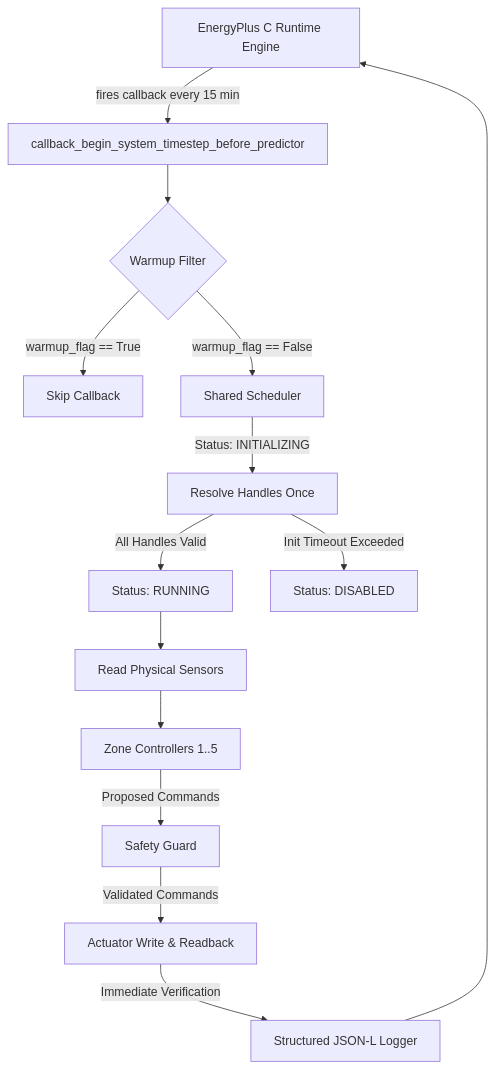
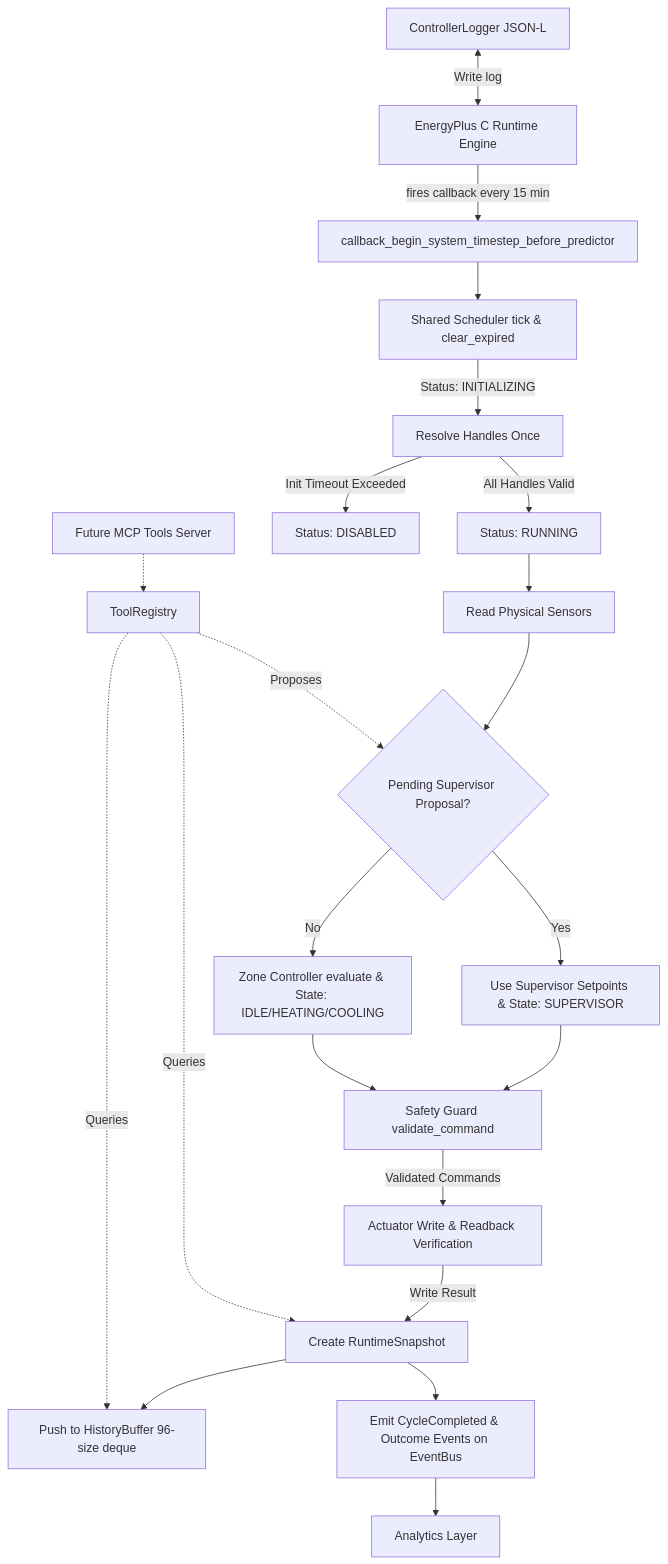
One commit to omni-ar/EcoAgent changed the first of 2 diagrams in docs/architecture.md. Above: the diagram before and after it, drawn with Mermaid. The commit also changed other lines of this file and 22 other files, not shown here.

Commit message:
Completed Phase 3 supervisory layer with TTL lifecycle, EventBus observability and regression tests

````diff
--- a/docs/architecture.md
+++ b/docs/architecture.md
@@ -11,16 +15,28 @@
 ```mermaid
 flowchart TD
     EP[EnergyPlus C Runtime Engine] -->|fires callback every 15 min| CB[callback_begin_system_timestep_before_predictor]
-    CB --> WF{Warmup Filter}
-    WF -->|warmup_flag == True| SKIP[Skip Callback]
-    WF -->|warmup_flag == False| SCH[Shared Scheduler]
+    CB --> SCH[Shared Scheduler tick & clear_expired]
     SCH -->|Status: INITIALIZING| INIT[Resolve Handles Once]
     INIT -->|All Handles Valid| RUN[Status: RUNNING]
     INIT -->|Init Timeout Exceeded| DIS[Status: DISABLED]
     RUN --> SENS[Read Physical Sensors]
-    SENS --> CTRL[Zone Controllers 1..5]
-    CTRL -->|Proposed Commands| SG[Safety Guard]
-    SG -->|Validated Commands| ACT[Actuator Write & Readback]
-    ACT -->|Immediate Verification| LOG[Structured JSON-L Logger]
-    LOG --> EP
+    SENS --> SUP_CHECK{Pending Supervisor Proposal?}
+    
+    SUP_CHECK -->|Yes| PROP_SUP[Use Supervisor Setpoints & State: SUPERVISOR]
+    SUP_CHECK -->|No| ZC[Zone Controller evaluate & State: IDLE/HEATING/COOLING]
+    
+    PROP_SUP --> SG[Safety Guard validate_command]
+    ZC --> SG
+    
+    SG -->|Validated Commands| ACT[Actuator Write & Readback Verification]
+    ACT -->|Write Result| SNAP[Create RuntimeSnapshot]
+    SNAP --> HB[Push to HistoryBuffer 96-size deque]
+    SNAP --> EB[Emit CycleCompleted & Outcome Events on EventBus]
+    EB --> AN[Analytics Layer]
+    LOG[ControllerLogger JSON-L] <-- Write log --> EP
+    
+    TR[ToolRegistry] -.->|Queries| HB
+    TR -.->|Queries| SNAP
+    TR -.->|Proposes| SUP_CHECK
+    MCP[Future MCP Tools Server] -.-> TR
 ```
````
